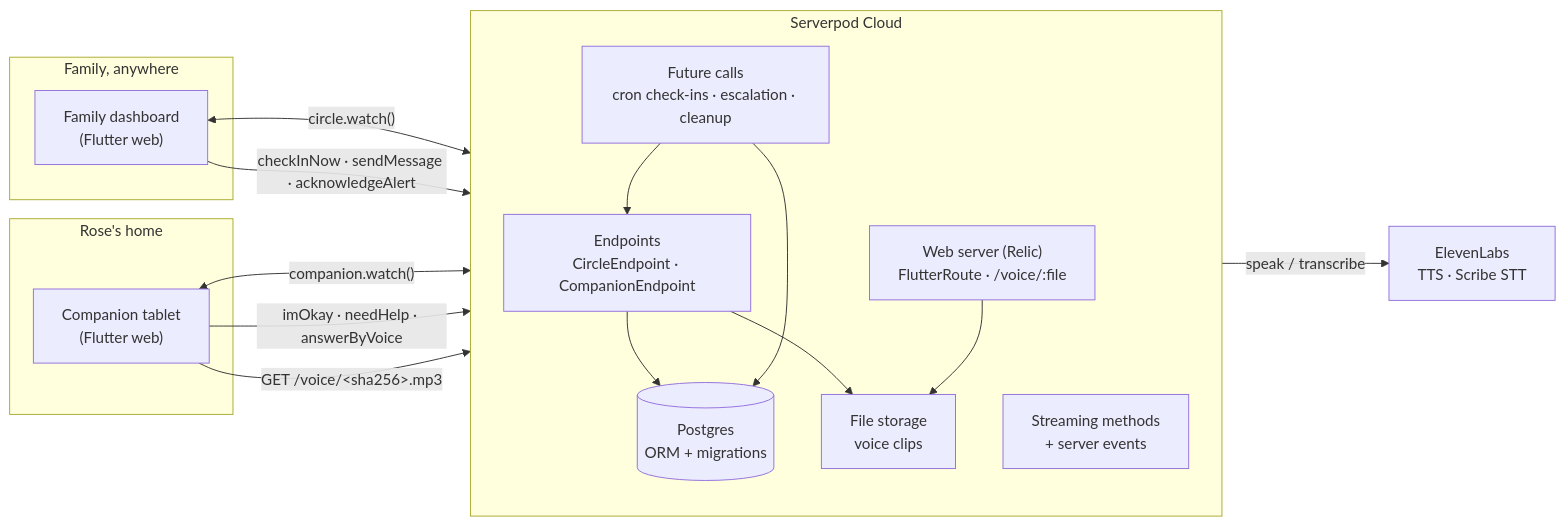
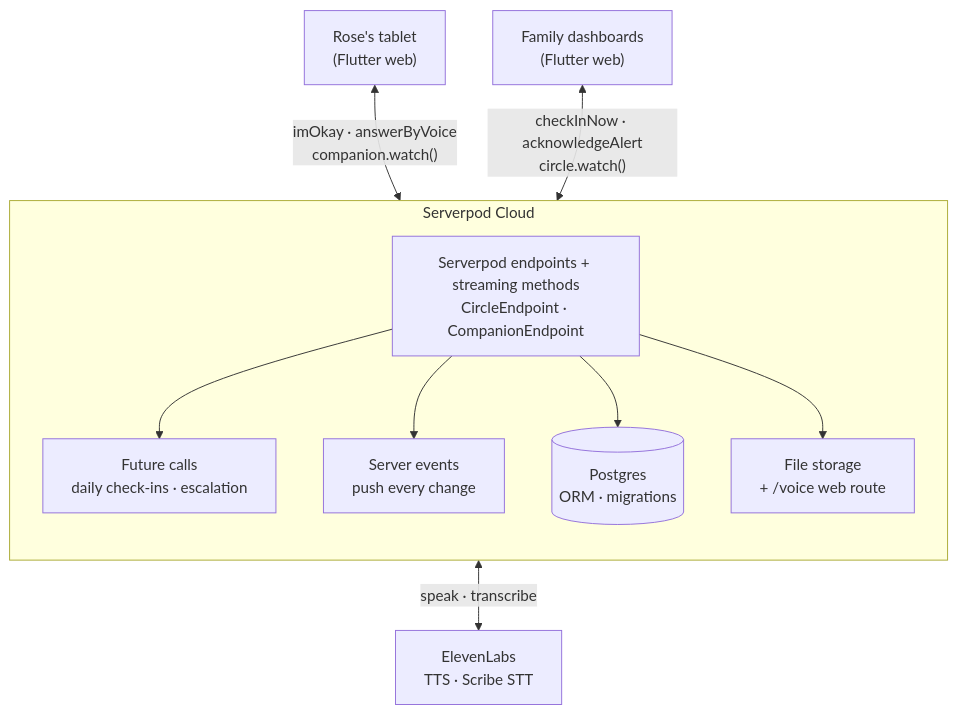
Before and after one commit to chinesepowered/hack-sp-lifeline: the first of 2 diagrams in README.md, drawn with Mermaid.

Commit message:
Simplify the README architecture diagram
The old left-to-right flowchart rendered as a tangle of crossing edges.
The new one stacks the two apps above one Serverpod Cloud box, with
labelled calls and no back edges.

Claude-Session: https://claude.ai/code/session_01Fif5xcGRFVBnpQgXbchPMH

````diff
--- a/README.md
+++ b/README.md
@@ -55,31 +55,18 @@
 ```mermaid
-flowchart LR
-  subgraph home["Rose's home"]
-    T["Companion tablet<br/>(Flutter web)"]
-  end
-  subgraph family["Family, anywhere"]
-    D["Family dashboard<br/>(Flutter web)"]
-  end
-  subgraph cloud["Serverpod Cloud"]
+flowchart TB
+  T["Rose's tablet<br/>(Flutter web)"]
+  D["Family dashboards<br/>(Flutter web)"]
+  subgraph sp["Serverpod Cloud"]
     direction TB
-    API["Endpoints<br/>CircleEndpoint · CompanionEndpoint"]
-    RT["Streaming methods<br/>+ server events"]
-    FC["Future calls<br/>cron check-ins · escalation · cleanup"]
-    DB[("Postgres<br/>ORM + migrations")]
-    ST["File storage<br/>voice clips"]
-    WEB["Web server (Relic)<br/>FlutterRoute · /voice/:file"]
+    API["Serverpod endpoints + streaming methods<br/>CircleEndpoint · CompanionEndpoint"]
+    FC["Future calls<br/>daily check-ins · escalation"]
+    EV["Server events<br/>push every change"]
+    DB[("Postgres<br/>ORM · migrations")]
+    ST["File storage<br/>+ /voice web route"]
   end
   EL["ElevenLabs<br/>TTS · Scribe STT"]
-
-  T <-- "companion.watch()" --> RT
-  D <-- "circle.watch()" --> RT
-  T -- "imOkay · needHelp · answerByVoice" --> API
-  D -- "checkInNow · sendMessage · acknowledgeAlert" --> API
-  API --> DB
-  FC --> DB
-  FC --> API
-  API -- "speak / transcribe" --> EL
-  API --> ST
-  T -- "GET /voice/&lt;sha256&gt;.mp3" --> WEB
-  WEB --> ST
+  T <-- "imOkay · answerByVoice<br/>companion.watch()" --> API
+  D <-- "checkInNow · acknowledgeAlert<br/>circle.watch()" --> API
+  API --> FC & EV & DB & ST
+  API <-- "speak · transcribe" --> EL
 ```
````
